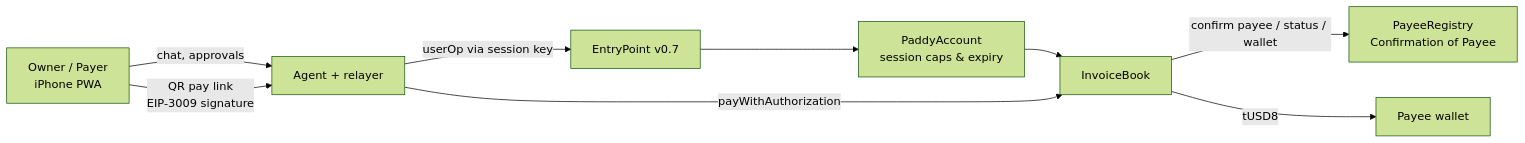
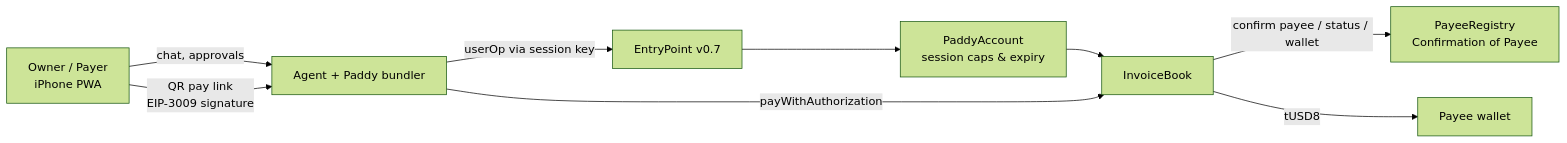
The diagram in README.md (doomsday0965/paddy), drawn with Mermaid (forest theme) before and after one commit. The commit also changed other lines of this file and 25 other files, not shown here.

Commit message:
ERC-4337 AI clerk: PaddyAccount session keys, approval queue, paymaster, own bundler; attack tests; live Aevum demo (poisoned invoice blocked, approval, revoke)

````diff
--- a/README.md
+++ b/README.md
@@ -26,11 +26,11 @@
 ```mermaid
 flowchart LR
-  U[Owner / Payer<br/>iPhone PWA] -->|chat, approvals| A[Agent + relayer]
+  U[Owner / Payer<br/>iPhone PWA] -->|chat, approvals| A[Agent + Paddy bundler]
   U -->|QR pay link<br/>EIP-3009 signature| A
   A -->|userOp via session key| EP[EntryPoint v0.7]
   EP --> SA[PaddyAccount<br/>session caps & expiry]
   SA --> IB[InvoiceBook]
   A -->|payWithAuthorization| IB
   IB -->|confirm payee / status / wallet| PR[PayeeRegistry<br/>Confirmation of Payee]
   IB -->|tUSD8| P[Payee wallet]
 ```
````
